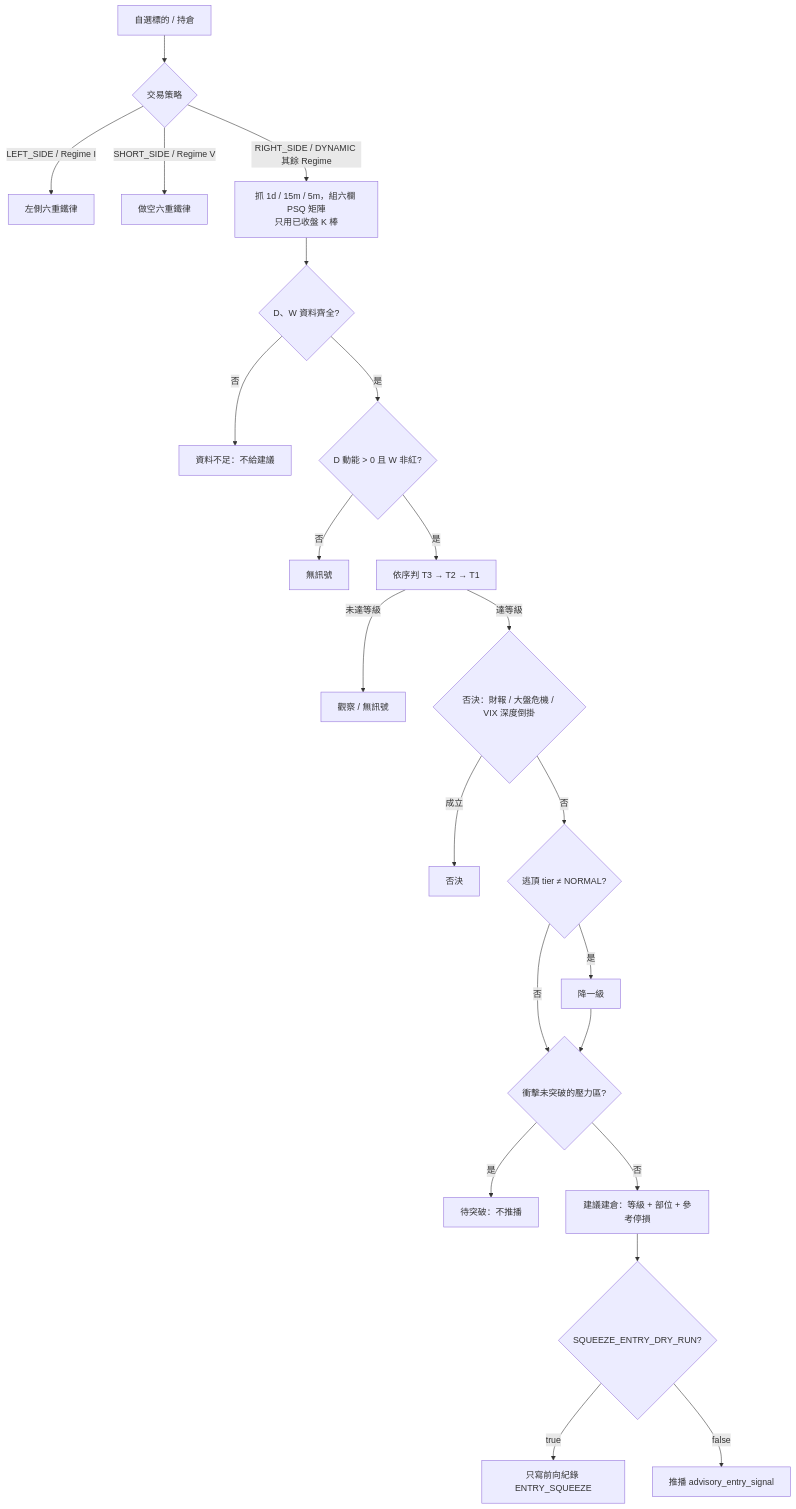
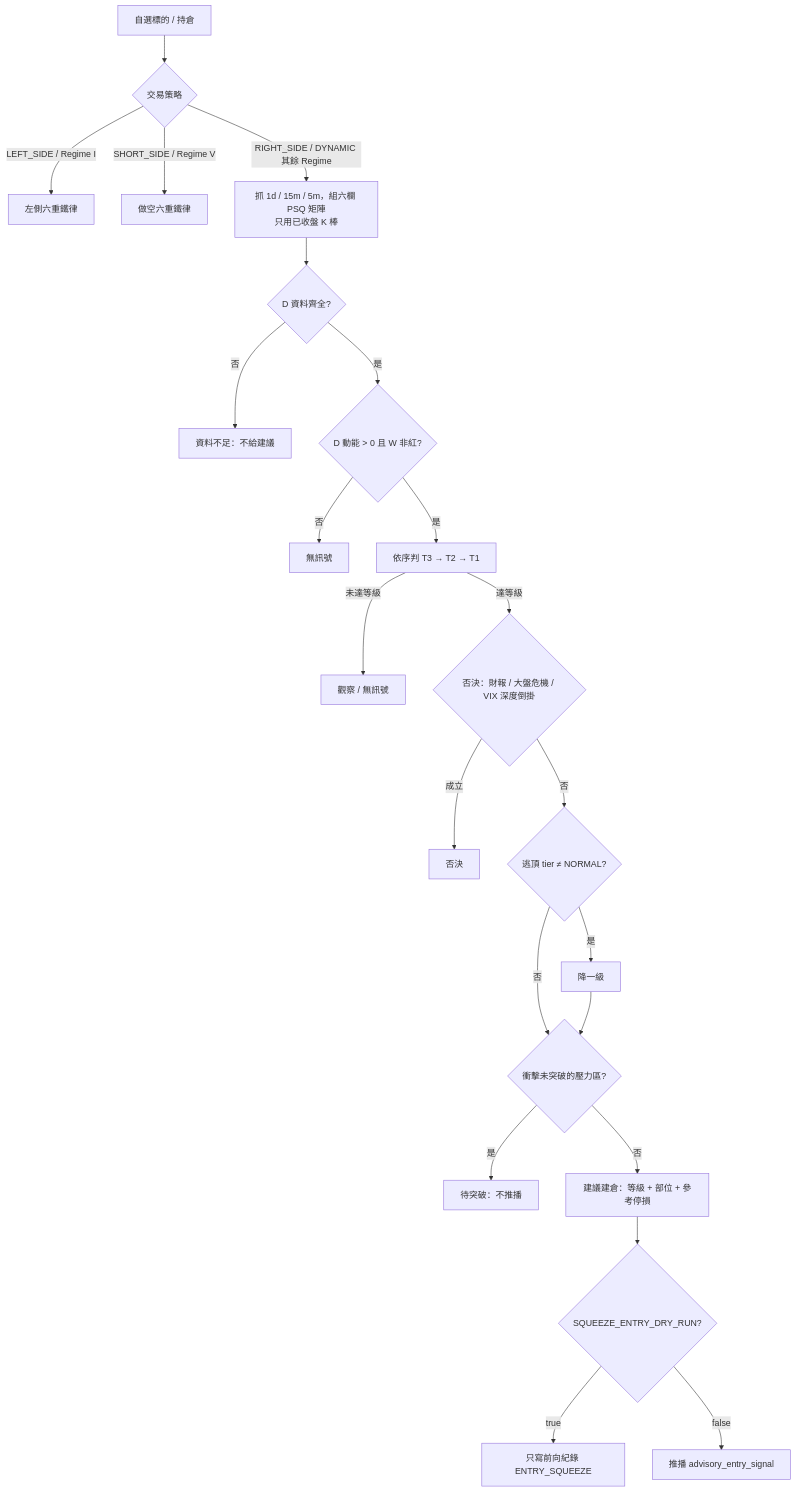
Before and after one commit to cosmo-chang-1701/nexus-seeker: the diagram in docs/strategies/10_multi_timeframe_squeeze_entry.md, drawn with Mermaid. The commit also changed other lines of this file and 10 other files, not shown here.

````diff
--- a/docs/strategies/10_multi_timeframe_squeeze_entry.md
+++ b/docs/strategies/10_multi_timeframe_squeeze_entry.md
@@ -104,24 +104,24 @@
 ```mermaid
 flowchart TD
     A[自選標的 / 持倉] --> B{交易策略}
     B -- LEFT_SIDE / Regime I --> L[左側六重鐵律]
     B -- SHORT_SIDE / Regime V --> S[做空六重鐵律]
     B -- RIGHT_SIDE / DYNAMIC 其餘 Regime --> M[抓 1d / 15m / 5m，組六欄 PSQ 矩陣<br/>只用已收盤 K 棒]
-    M --> D{D、W 資料齊全?}
+    M --> D{D 資料齊全?}
     D -- 否 --> X[資料不足：不給建議]
     D -- 是 --> P{D 動能 > 0 且 W 非紅?}
     P -- 否 --> N[無訊號]
     P -- 是 --> G[依序判 T3 → T2 → T1]
     G -- 未達等級 --> W[觀察 / 無訊號]
     G -- 達等級 --> V{否決：財報 / 大盤危機 / VIX 深度倒掛}
     V -- 成立 --> VX[否決]
     V -- 否 --> DG{逃頂 tier ≠ NORMAL?}
     DG -- 是 --> DN[降一級]
     DG -- 否 --> R
     DN --> R{衝擊未突破的壓力區?}
     R -- 是 --> PB[待突破：不推播]
     R -- 否 --> E[建議建倉：等級 + 部位 + 參考停損]
     E --> DR{SQUEEZE_ENTRY_DRY_RUN?}
     DR -- true --> FL[只寫前向紀錄 ENTRY_SQUEEZE]
     DR -- false --> PUSH[推播 advisory_entry_signal]
 ```
````
